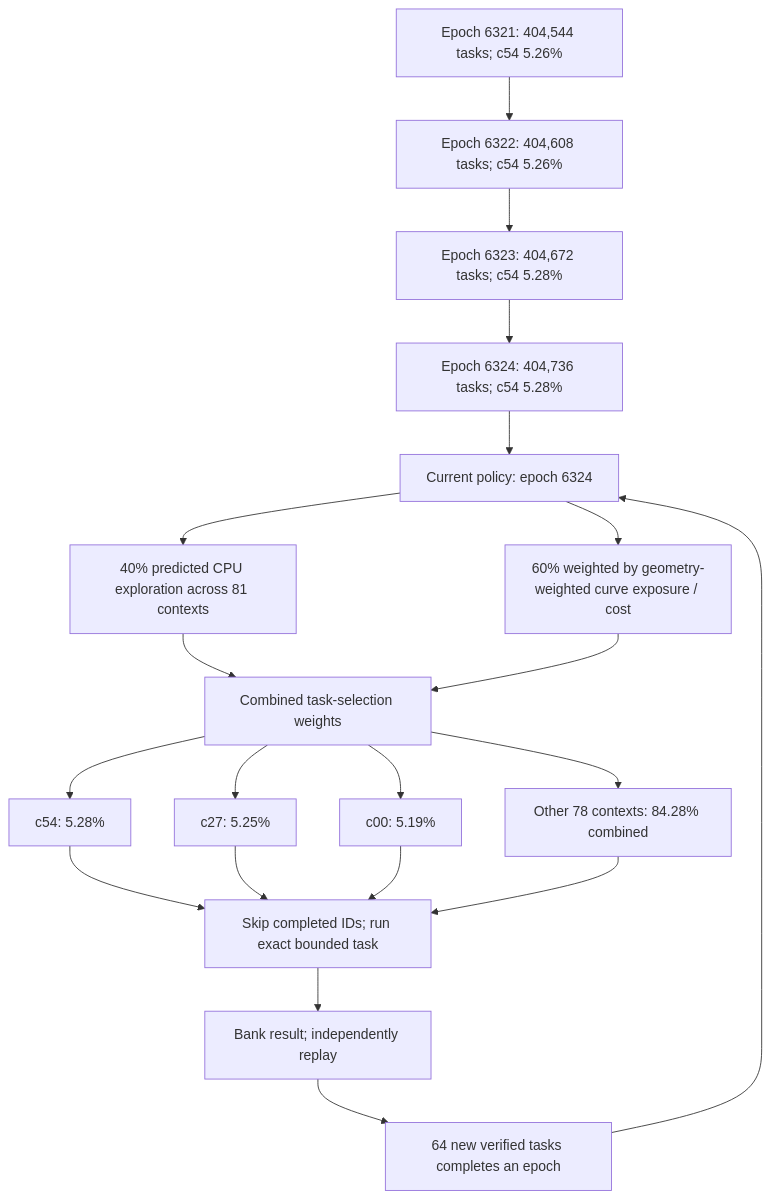
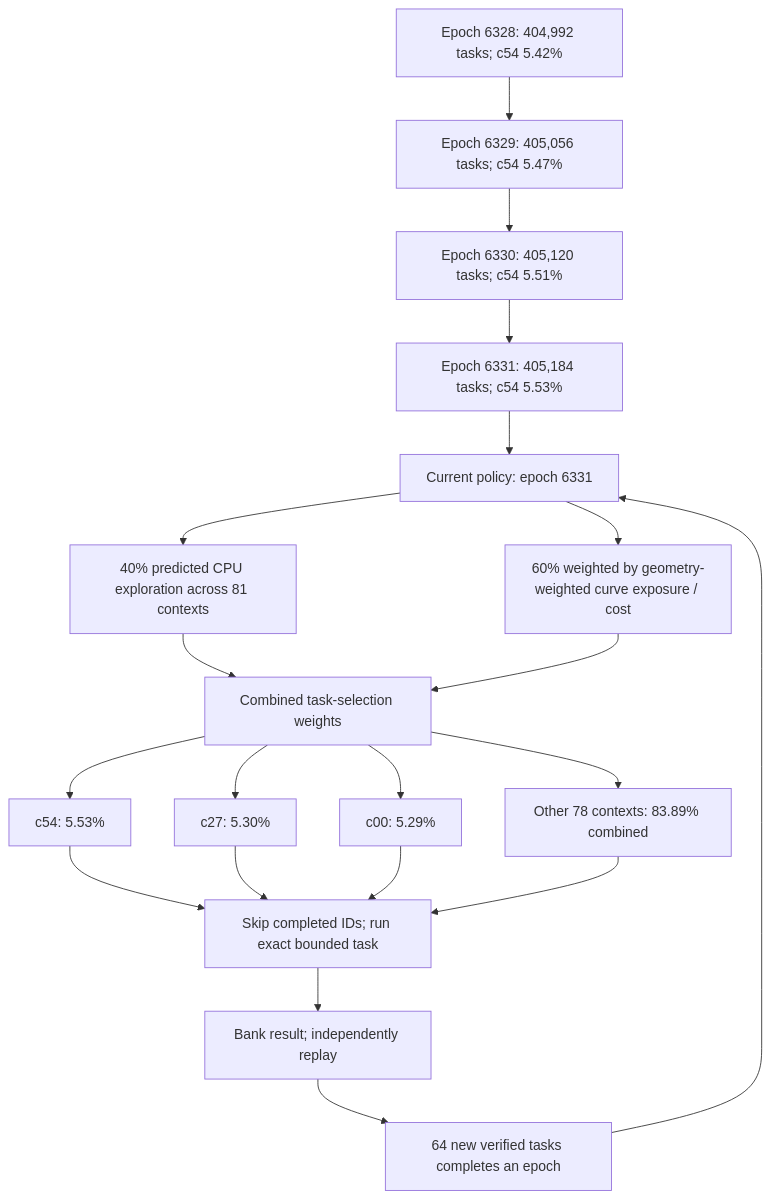
The first of 4 diagrams in README.md (Kuberwastaken/math-gambling), drawn with Mermaid before and after one commit. The commit also changed other lines of this file and 1993 other files, not shown here.

````diff
--- a/README.md
+++ b/README.md
@@ -60,27 +60,27 @@
 ```mermaid
 flowchart TD
-    H0["Epoch 6321: 404,544 tasks; c54 5.26%"]
-    H1["Epoch 6322: 404,608 tasks; c54 5.26%"]
+    H0["Epoch 6328: 404,992 tasks; c54 5.42%"]
+    H1["Epoch 6329: 405,056 tasks; c54 5.47%"]
     H0 --> H1
-    H2["Epoch 6323: 404,672 tasks; c54 5.28%"]
+    H2["Epoch 6330: 405,120 tasks; c54 5.51%"]
     H1 --> H2
-    H3["Epoch 6324: 404,736 tasks; c54 5.28%"]
+    H3["Epoch 6331: 405,184 tasks; c54 5.53%"]
     H2 --> H3
-    Policy["Current policy: epoch 6324"]
+    Policy["Current policy: epoch 6331"]
     H3 --> Policy
     Policy --> Explore["40% predicted CPU exploration across 81 contexts"]
     Policy --> Cost["60% weighted by geometry-weighted curve exposure / cost"]
     Explore --> Mix["Combined task-selection weights"]
     Cost --> Mix
-    Mix --> C0["c54: 5.28%"]
-    Mix --> C1["c27: 5.25%"]
-    Mix --> C2["c00: 5.19%"]
-    Mix --> Rest["Other 78 contexts: 84.28% combined"]
+    Mix --> C0["c54: 5.53%"]
+    Mix --> C1["c27: 5.30%"]
+    Mix --> C2["c00: 5.29%"]
+    Mix --> Rest["Other 78 contexts: 83.89% combined"]
     C0 --> Check["Skip completed IDs; run exact bounded task"]
     C1 --> Check
     C2 --> Check
     Rest --> Check
     Check --> Replay["Bank result; independently replay"]
     Replay --> Gate["64 new verified tasks completes an epoch"]
     Gate --> Policy
 ```
````
